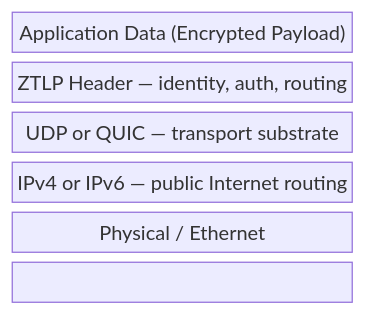
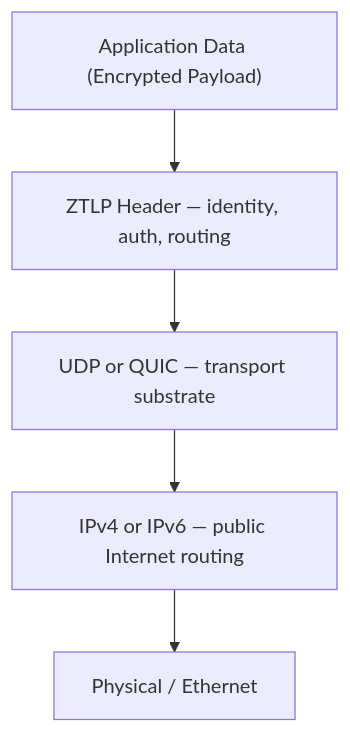
The second of 20 diagrams in README.md (priceflex/ztlp), drawn with Mermaid before and after one commit. The commit also changed other lines of this file, not shown here.

Commit message:
Fix Mermaid block-beta diagrams breaking website
Replace block-beta (unsupported by Mermaid renderer) with graph TB.
Fixes 'Failed to load specification: Parsing failed: Lexer error'
on ztlp.org.

````diff
--- a/README.md
+++ b/README.md
@@ -540,10 +540,7 @@
 ```mermaid
-block-beta
-  columns 1
-  A["Application Data (Encrypted Payload)"]
-  B["ZTLP Header — identity, auth, routing"]
-  C["UDP or QUIC — transport substrate"]
-  D["IPv4 or IPv6 — public Internet routing"]
-  E["Physical / Ethernet"]
-  A --> B --> C --> D --> E
+graph TB
+  A["Application Data (Encrypted Payload)"] --> B["ZTLP Header — identity, auth, routing"]
+  B --> C["UDP or QUIC — transport substrate"]
+  C --> D["IPv4 or IPv6 — public Internet routing"]
+  D --> E["Physical / Ethernet"]
 ```
````
